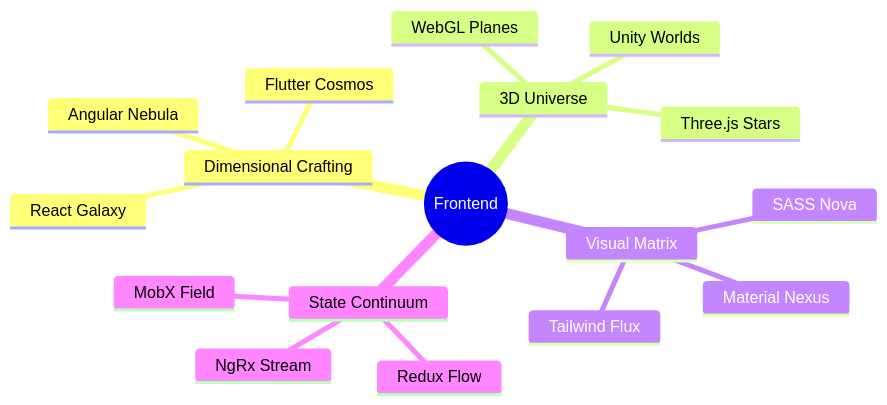
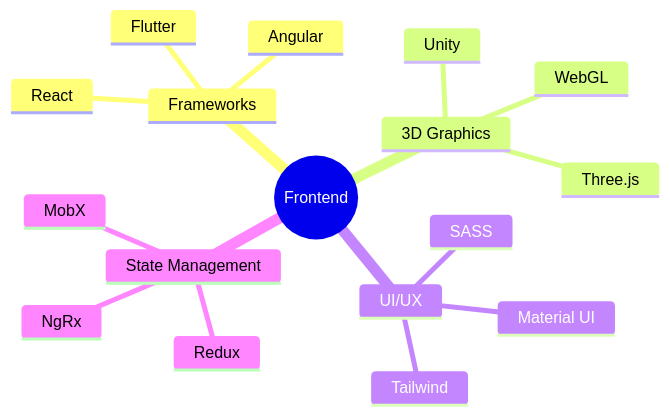
The first of 3 diagrams in README.md (KhamessiTaha/KhamessiTaha), drawn with Mermaid before and after one commit. The commit also changed other lines of this file, not shown here.

````diff
--- a/README.md
+++ b/README.md
@@ -87,20 +87,20 @@
 ```mermaid
 mindmap
   root((Frontend))
-    Dimensional Crafting
-      React Galaxy
-      Angular Nebula
-      Flutter Cosmos
-    3D Universe
-      Three.js Stars
-      Unity Worlds
-      WebGL Planes
-    Visual Matrix
-      Tailwind Flux
-      SASS Nova
-      Material Nexus
-    State Continuum
-      Redux Flow
-      NgRx Stream
-      MobX Field
+    Frameworks
+      React
+      Angular
+      Flutter
+    3D Graphics
+      Three.js
+      Unity
+      WebGL
+    UI/UX
+      Tailwind
+      SASS
+      Material UI
+    State Management
+      Redux
+      NgRx
+      MobX
 ```
````
